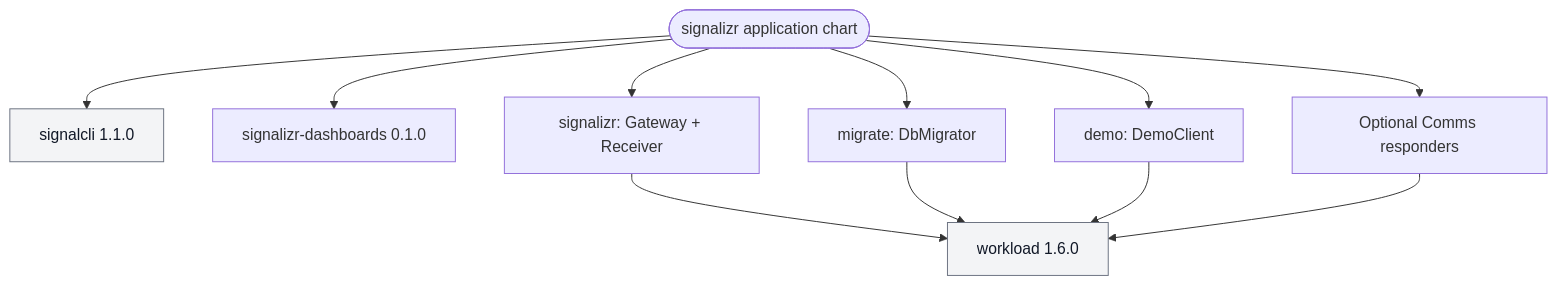
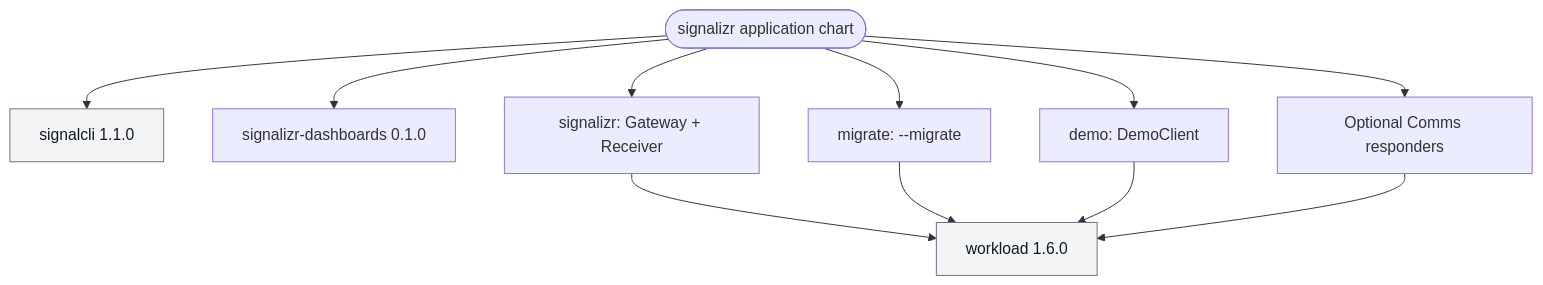
The diagram in charts/signalizr/README.md (f2calv/signalizr), drawn with Mermaid before and after one commit. The commit also changed other lines of this file and 10 other files, not shown here.

````diff
--- a/charts/signalizr/README.md
+++ b/charts/signalizr/README.md
@@ -58,17 +58,17 @@
 ```mermaid
 graph TD
     ROOT([signalizr application chart])
     WRAPPER["signalcli 1.1.0"]
     WORKLOAD["workload 1.6.0"]
     DASH["signalizr-dashboards 0.1.0"]
     GATEWAY["signalizr: Gateway + Receiver"]
-    MIGRATOR["migrate: DbMigrator"]
+    MIGRATOR["migrate: --migrate"]
     DEMO["demo: DemoClient"]
     RESPONDER["Optional Comms responders"]
     ROOT --> WRAPPER
     ROOT --> DASH
     ROOT --> GATEWAY & MIGRATOR & DEMO & RESPONDER
     GATEWAY & MIGRATOR & DEMO & RESPONDER --> WORKLOAD
     classDef external fill:#f3f4f6,stroke:#6b7280,color:#111827
     class WRAPPER,WORKLOAD external
 ```
````
